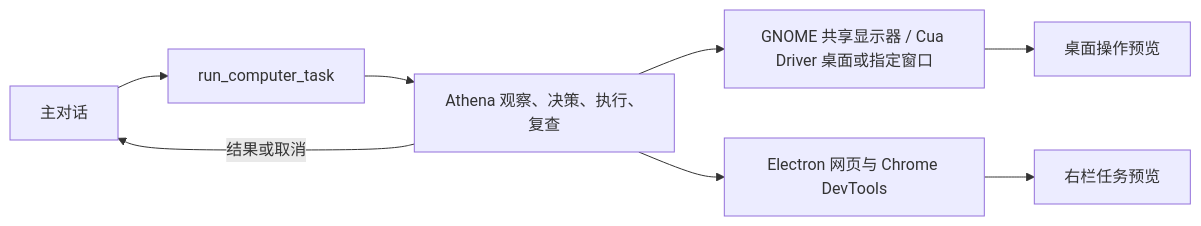
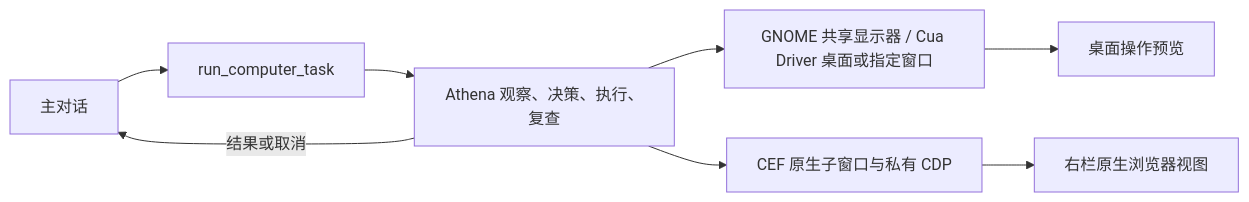
One commit to mehaifeng/AthenaAgent changed the diagram in Docs/ComputerUse_Prototype_CN.md. Above: the diagram before and after it, drawn with Mermaid. The commit also changed other lines of this file and 54 other files, not shown here.

````diff
--- a/Docs/ComputerUse_Prototype_CN.md
+++ b/Docs/ComputerUse_Prototype_CN.md
@@ -13,10 +13,10 @@
 ```mermaid
 flowchart LR
     Chat["主对话"] --> Tool["run_computer_task"]
     Tool --> Loop["Athena 观察、决策、执行、复查"]
     Loop --> Desktop["GNOME 共享显示器 / Cua Driver 桌面或指定窗口"]
-    Loop --> Browser["Electron 网页与 Chrome DevTools"]
+    Loop --> Browser["CEF 原生子窗口与私有 CDP"]
     Desktop --> NativePreview["桌面操作预览"]
-    Browser --> TaskPreview["右栏任务预览"]
+    Browser --> TaskPreview["右栏原生浏览器视图"]
     Loop -->|结果或取消| Chat
 ```
````
